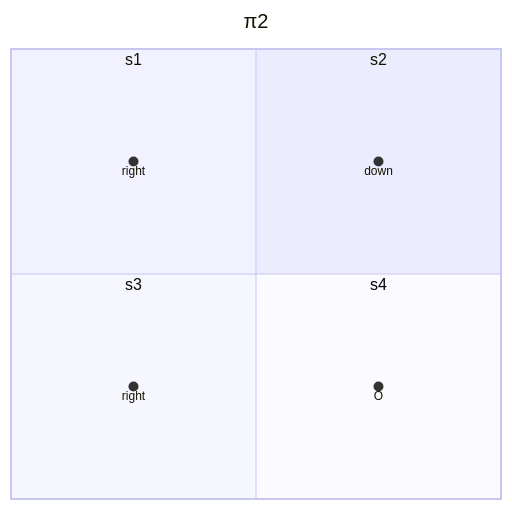
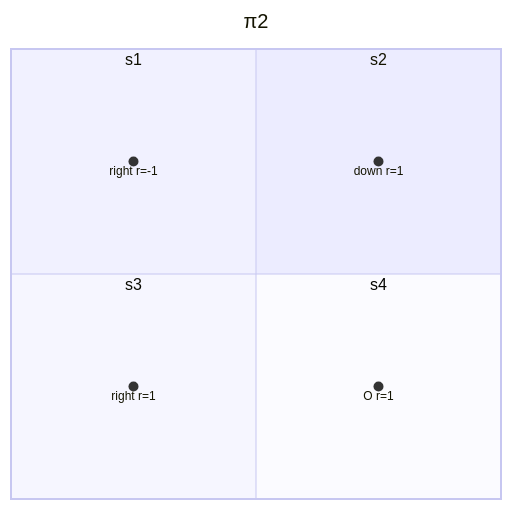
The second of 5 diagrams in 【强化学习】2 贝尔曼公式.md (even904/CloudDoc), drawn with Mermaid before and after one commit. The commit also changed other lines of this file, not shown here.

````diff
--- a/【强化学习】2 贝尔曼公式.md
+++ b/【强化学习】2 贝尔曼公式.md
@@ -28,12 +28,12 @@
 ```mermaid
 quadrantChart
     title π2
     quadrant-1 s2
     quadrant-2 s1
     quadrant-3 s3
     quadrant-4 s4
-    right: [0.25, 0.75]
-    right: [0.25, 0.25]
-    O: [0.75, 0.25]
-    down: [0.75, 0.75]
+    right r=-1: [0.25, 0.75]
+    right r=1: [0.25, 0.25]
+    O r=1: [0.75, 0.25]
+    down r=1: [0.75, 0.75]
 ```
````
